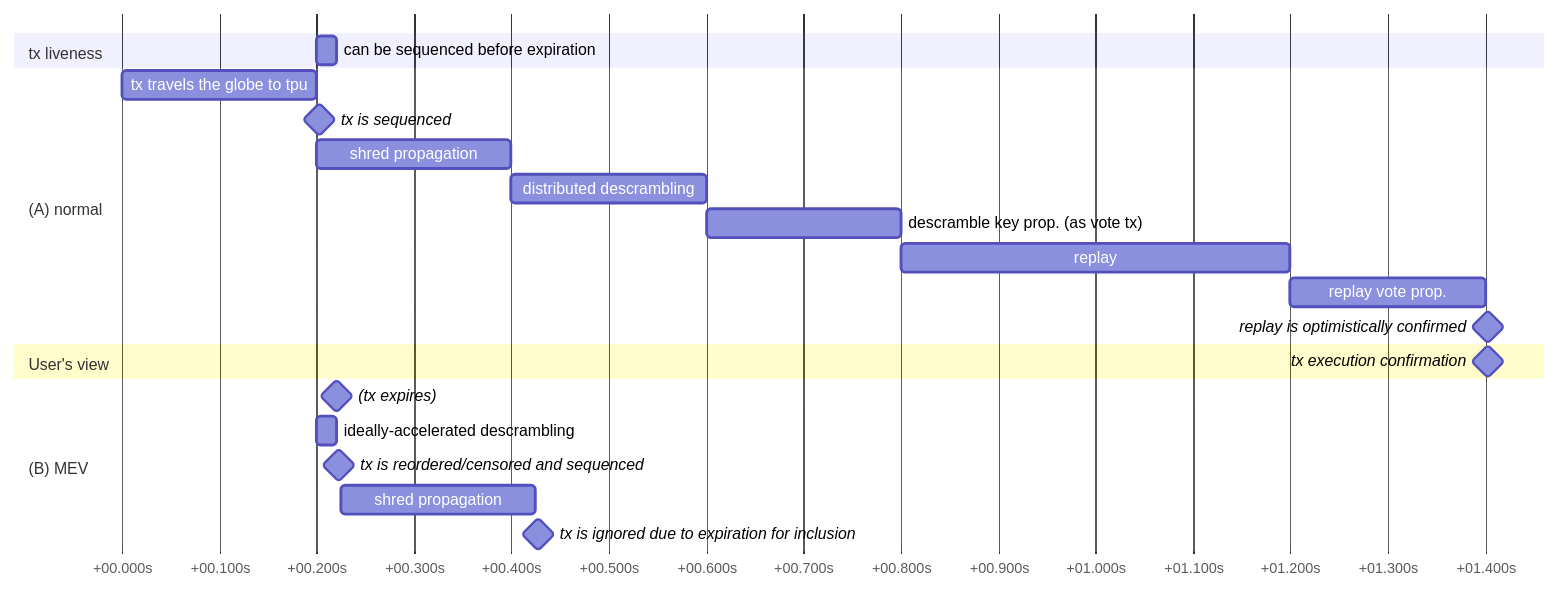
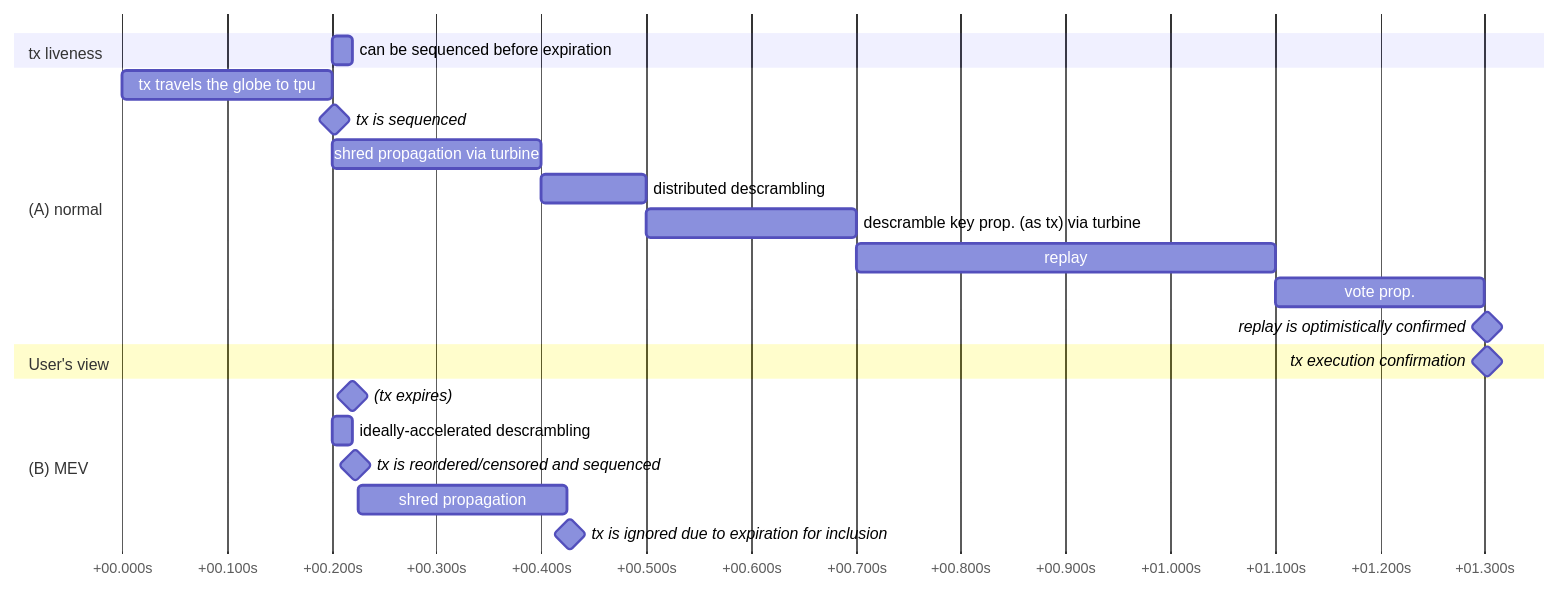
Before and after one commit to solana-foundation/solana-improvement-documents: the diagram in proposals/0074-scrambled-transaction.md, drawn with Mermaid. The commit also changed other lines of this file, not shown here.

````diff
--- a/proposals/0074-scrambled-transaction.md
+++ b/proposals/0074-scrambled-transaction.md
@@ -122,24 +140,24 @@
 ```mermaid
 gantt
     dateFormat SSS
     axisFormat +%S.%Ls
     section tx liveness
     can be sequenced before expiration  :200, 20ms
     section (A) normal
     tx travels the globe to tpu   :a1, 000, 200ms
     tx is sequenced          :milestone, after a1, 5ms
-    shred propagation               :a2, after a1, 200ms
-    distributed descrambling          :a33, after a2, 200ms
-    descramble key prop. (as vote tx)          :a3, after a33, 200ms
+    shred propagation via turbine  :a2, after a1, 200ms
+    distributed descrambling          :a33, after a2, 100ms
+    descramble key prop. (as tx) via turbine  :a3, after a33, 200ms
     replay                :a4, after a3, 400ms
-    replay vote prop.         :a5, after a4, 200ms
+    vote prop.         :a5, after a4, 200ms
     replay is optimistically confirmed :milestone, after a5, 5ms
     section User's view
     tx execution confirmation :milestone, after a5, 5ms
     section (B) MEV
     (tx expires) :milestone, 220, 0ms
     ideally-accelerated descrambling: ai, after a1, 20ms
     tx is reordered/censored and sequenced :milestone, mev, after ai, 5ms
     shred propagation               :mev2, after mev, 200ms
     tx is ignored due to expiration for inclusion: milestone, after mev2, 5ms
 ```
````
